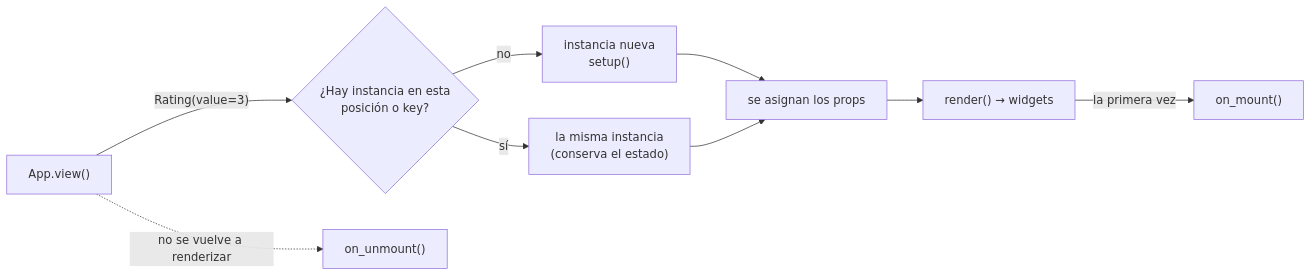
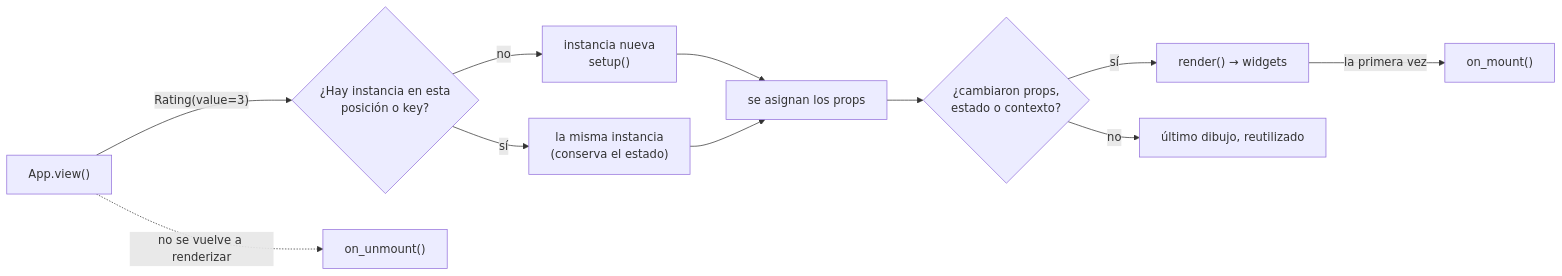
The diagram in docs/src/content/docs/es/guides/components.md (albakore/pyzed), drawn with Mermaid before and after one commit. The commit also changed other lines of this file and 13 other files, not shown here.

````diff
--- a/docs/src/content/docs/es/guides/components.md
+++ b/docs/src/content/docs/es/guides/components.md
@@ -100,11 +100,13 @@
 ```mermaid
 flowchart LR
     View["App.view()"] -->|"Rating(value=3)"| Slot{"¿Hay instancia en esta<br/>posición o key?"}
     Slot -->|no| New["instancia nueva<br/>setup()"]
     Slot -->|sí| Same["la misma instancia<br/>(conserva el estado)"]
     New --> Props["se asignan los props"]
     Same --> Props
-    Props --> Render["render() → widgets"]
+    Props --> Changed{"¿cambiaron props,<br/>estado o contexto?"}
+    Changed -->|sí| Render["render() → widgets"]
+    Changed -->|no| Last["último dibujo, reutilizado"]
     Render -->|la primera vez| Mount["on_mount()"]
     View -.->|no se vuelve a renderizar| Unmount["on_unmount()"]
 ```
````
